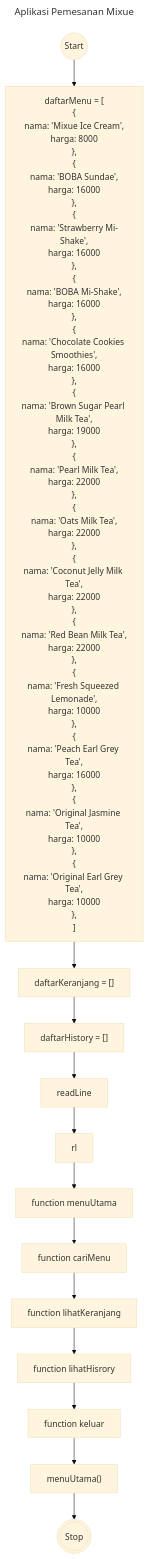
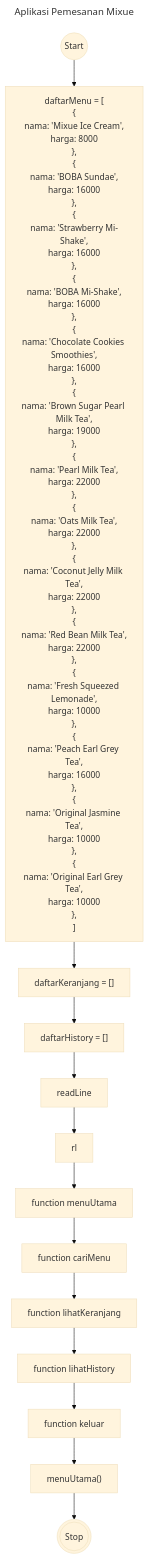
Before and after one commit to ItsnaMaulanaHasan/koda-b4-homework1: the diagram in flowchart-aplikasi-pemesanan-mixue.md, drawn with Mermaid (base theme). The commit also changed 5 other files, not shown here.

Commit message:
fix: fix typo on flowchart and change naming chart

````diff
--- a/flowchart-aplikasi-pemesanan-mixue.md
+++ b/flowchart-aplikasi-pemesanan-mixue.md
@@ -3,79 +3,78 @@
 ```mermaid
 ---
     title: Aplikasi Pemesanan Mixue
 ---
 flowchart TD
     start@{shape: circle, label: "Start"}
     stop@{shape: dbl-circ, label: "Stop"}
     daftarMenu@{shape: rect, label: "daftarMenu = [
         {
             nama: 'Mixue Ice Cream',
             harga: 8000
         },
         {
             nama: 'BOBA Sundae',
             harga: 16000
         },
         {
             nama: 'Strawberry Mi-Shake',
             harga: 16000
         },
         {
             nama: 'BOBA Mi-Shake',
             harga: 16000
         },
         {
             nama: 'Chocolate Cookies Smoothies',
             harga: 16000
         },
         {
             nama: 'Brown Sugar Pearl Milk Tea',
             harga: 19000
         },
         {
             nama: 'Pearl Milk Tea',
             harga: 22000
         },
         {
             nama: 'Oats Milk Tea',
             harga: 22000
         },
         {
             nama: 'Coconut Jelly Milk Tea',
             harga: 22000
         },
         {
             nama: 'Red Bean Milk Tea',
             harga: 22000
         },
         {
             nama: 'Fresh Squeezed Lemonade',
             harga: 10000
         },
         {
             nama: 'Peach Earl Grey Tea',
             harga: 16000
         },
         {
             nama: 'Original Jasmine Tea',
             harga: 10000
         },
         {
             nama: 'Original Earl Grey Tea',
             harga: 10000
         },
     ]"}
     daftarKeranjang@{shape: rect, label: "daftarKeranjang = []"}
     daftarHistory@{shape: rect, label: "daftarHistory = []"}
     readLine@{shape: rect, label: readLine}
     rl@{shape: rect, label: rl}
     menuUtama@{shape: rect, label: "function menuUtama"}
     cariMenu@{shape: rect, label: "function cariMenu"}
     lihatKeranjang@{shape: rect, label: "function lihatKeranjang"}
-    lihatHistory@{shape: rect, label: "function lihatHisrory"}
+    lihatHistory@{shape: rect, label: "function lihatHistory"}
     keluar@{shape: rect, label: "function keluar"}
     callMenuUtama@{shape: rect, label: "menuUtama()"}
 
-
     start --> daftarMenu --> daftarKeranjang --> daftarHistory --> readLine --> rl --> menuUtama --> cariMenu --> lihatKeranjang --> lihatHistory --> keluar --> callMenuUtama --> stop
 ```
````
